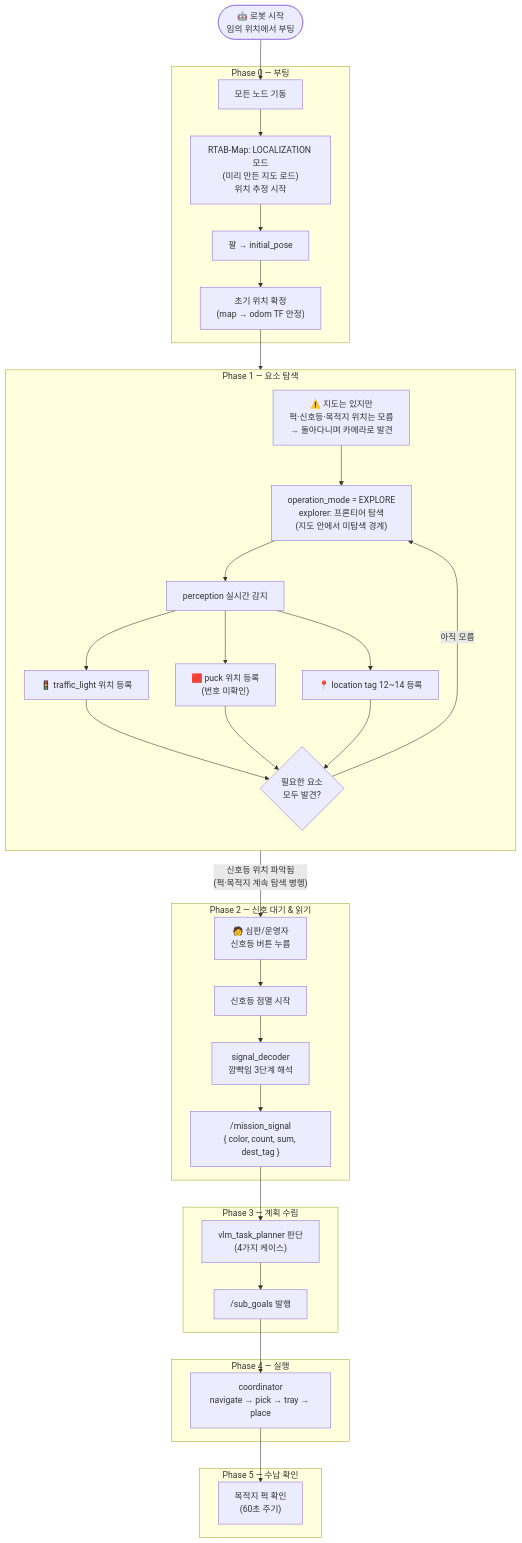
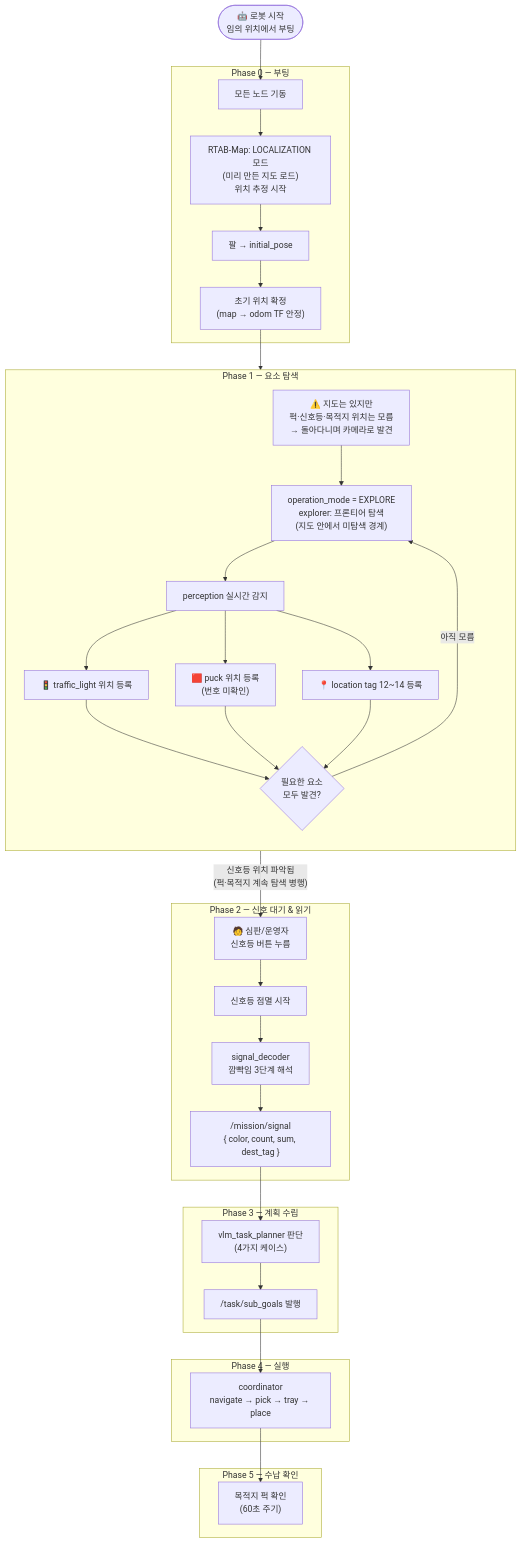
One commit to SeungHye-J/Lv2_bee_Assignment changed the first of 4 diagrams in documents/mission/scenario/01-overview.md. Above: the diagram before and after it, drawn with Mermaid. The commit also changed other lines of this file and 25 other files, not shown here.

````diff
--- a/documents/mission/scenario/01-overview.md
+++ b/documents/mission/scenario/01-overview.md
@@ -12,53 +12,53 @@
 ```mermaid
 flowchart TD
     START(["🤖 로봇 시작\n임의 위치에서 부팅"])
 
     subgraph P0["Phase 0 — 부팅"]
         BOOT["모든 노드 기동"]
         MAP_L["RTAB-Map: LOCALIZATION 모드\n(미리 만든 지도 로드)\n위치 추정 시작"]
         ARM_INIT["팔 → initial_pose"]
         POSE_OK["초기 위치 확정\n(map → odom TF 안정)"]
     end
 
     subgraph P1["Phase 1 — 요소 탐색"]
         direction TB
         NOTE1["⚠️ 지도는 있지만\n퍽·신호등·목적지 위치는 모름\n→ 돌아다니며 카메라로 발견"]
         EXPLORE["operation_mode = EXPLORE\nexplorer: 프론티어 탐색\n(지도 안에서 미탐색 경계)"]
         DETECT["perception 실시간 감지"]
         DET_TL["🚦 traffic_light 위치 등록"]
         DET_PK["🟥 puck 위치 등록\n(번호 미확인)"]
         DET_LC["📍 location tag 12~14 등록"]
         EXPLORE_END{"필요한 요소\n모두 발견?"}
     end
 
     subgraph P2["Phase 2 — 신호 대기 & 읽기"]
         BTN["🧑 심판/운영자\n신호등 버튼 누름"]
         TL_START["신호등 점멸 시작"]
         SD["signal_decoder\n깜빡임 3단계 해석"]
-        SIG_OUT["/mission_signal\n{ color, count, sum, dest_tag }"]
+        SIG_OUT["/mission/signal\n{ color, count, sum, dest_tag }"]
     end
 
     subgraph P3["Phase 3 — 계획 수립"]
         VLM["vlm_task_planner 판단\n(4가지 케이스)"]
-        SUBGOALS["/sub_goals 발행"]
+        SUBGOALS["/task/sub_goals 발행"]
     end
 
     subgraph P4["Phase 4 — 실행"]
         COORD["coordinator\nnavigate → pick → tray → place"]
     end
 
     subgraph P5["Phase 5 — 수납 확인"]
         VERIFY["목적지 퍽 확인\n(60초 주기)"]
     end
 
     START --> BOOT --> MAP_L --> ARM_INIT --> POSE_OK
     POSE_OK --> NOTE1 --> EXPLORE
     EXPLORE --> DETECT
     DETECT --> DET_TL & DET_PK & DET_LC
     DET_TL & DET_PK & DET_LC --> EXPLORE_END
 
     EXPLORE_END -->|"아직 모름"| EXPLORE
     EXPLORE_END -->|"신호등 위치 파악됨\n(퍽·목적지 계속 탐색 병행)"| BTN
 
     BTN --> TL_START --> SD --> SIG_OUT --> VLM --> SUBGOALS --> COORD --> VERIFY
 ```
````
